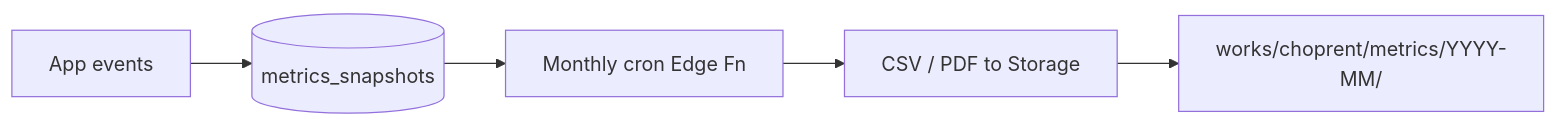
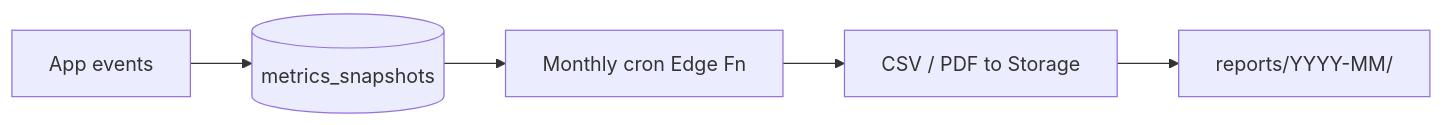
Before and after one commit to eric2umeh/choprent: the fourth of 4 diagrams in docs/01_architecture.md, drawn with Mermaid. The commit also changed other lines of this file and 10 other files, not shown here.

````diff
--- a/docs/01_architecture.md
+++ b/docs/01_architecture.md
@@ -606,7 +606,7 @@
 ```mermaid
 flowchart LR
   APP[App events] --> PG[(metrics_snapshots)]
   PG --> CRON[Monthly cron Edge Fn]
   CRON --> EXPORT[CSV / PDF to Storage]
-  EXPORT --> WORKS[works/choprent/metrics/YYYY-MM/]
+  EXPORT --> WORKS[reports/YYYY-MM/]
 ```
````
